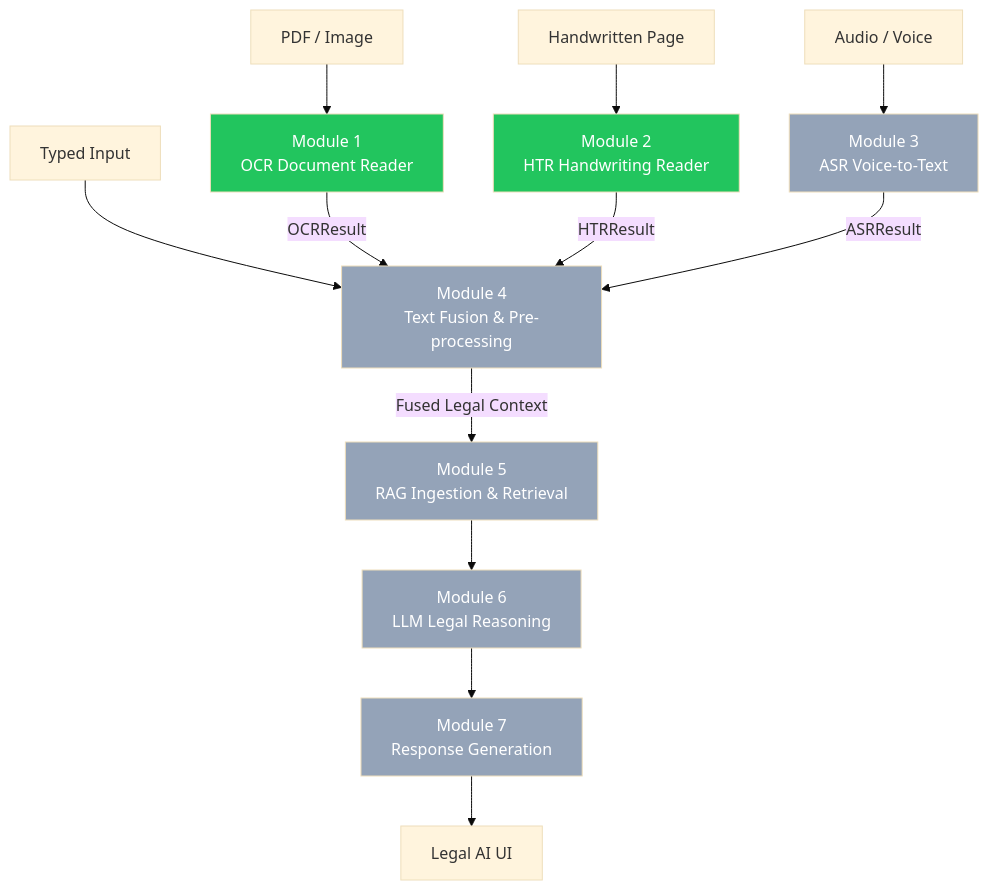
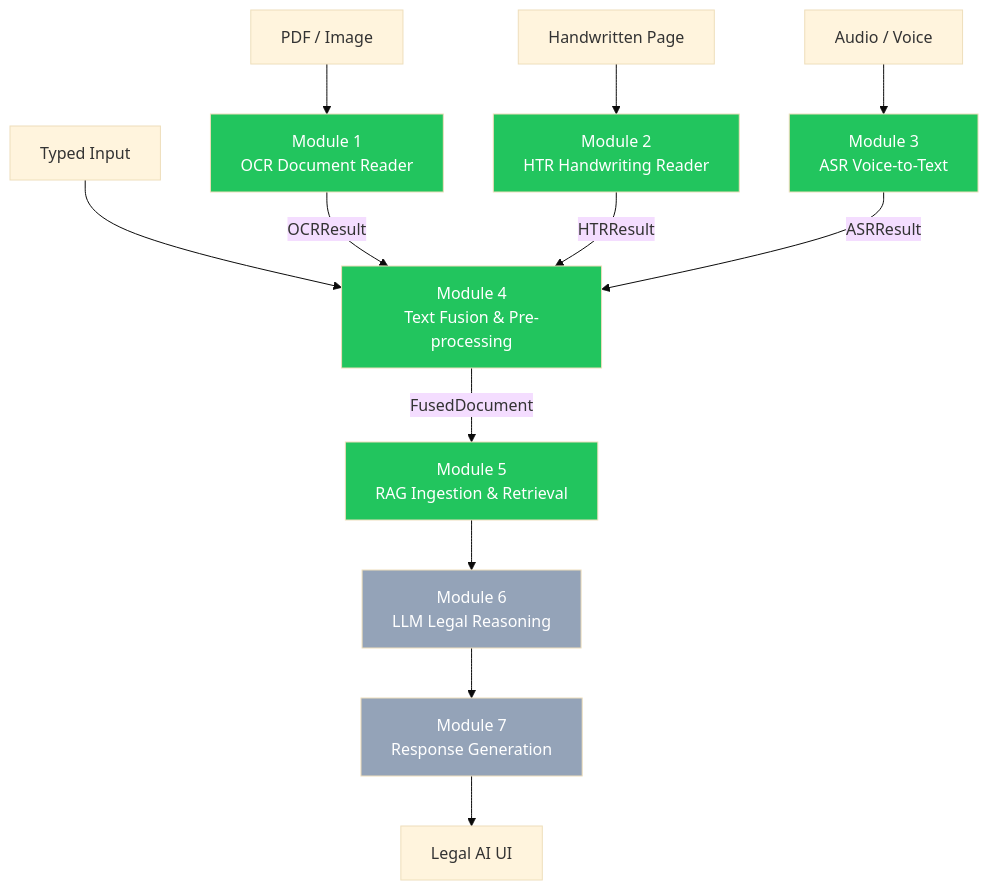
The first of 8 diagrams in WALKTHROUGH.md (adityaim/LegalAI), drawn with Mermaid (base theme) before and after one commit. The commit also changed other lines of this file and 125 other files, not shown here.

````diff
--- a/WALKTHROUGH.md
+++ b/WALKTHROUGH.md
@@ -10,24 +10,24 @@
 ```mermaid
 flowchart TD
     A[PDF / Image] --> M1[Module 1\nOCR Document Reader]
     B[Handwritten Page] --> M2[Module 2\nHTR Handwriting Reader]
     C[Audio / Voice] --> M3[Module 3\nASR Voice-to-Text]
     D[Typed Input] --> M4
 
     M1 -->|OCRResult| M4[Module 4\nText Fusion & Pre-processing]
     M2 -->|HTRResult| M4
     M3 -->|ASRResult| M4
 
-    M4 -->|Fused Legal Context| M5[Module 5\nRAG Ingestion & Retrieval]
+    M4 -->|FusedDocument| M5[Module 5\nRAG Ingestion & Retrieval]
     M5 --> M6[Module 6\nLLM Legal Reasoning]
     M6 --> M7[Module 7\nResponse Generation]
     M7 --> UI[Legal AI UI]
 
     style M1 fill:#22c55e,color:#fff
     style M2 fill:#22c55e,color:#fff
-    style M3 fill:#94a3b8,color:#fff
-    style M4 fill:#94a3b8,color:#fff
-    style M5 fill:#94a3b8,color:#fff
+    style M3 fill:#22c55e,color:#fff
+    style M4 fill:#22c55e,color:#fff
+    style M5 fill:#22c55e,color:#fff
     style M6 fill:#94a3b8,color:#fff
     style M7 fill:#94a3b8,color:#fff
 ```
````
